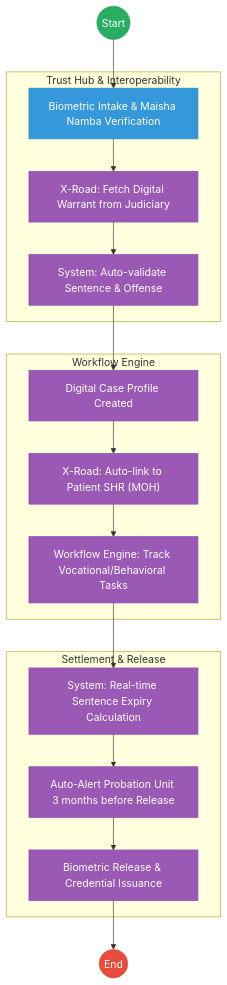
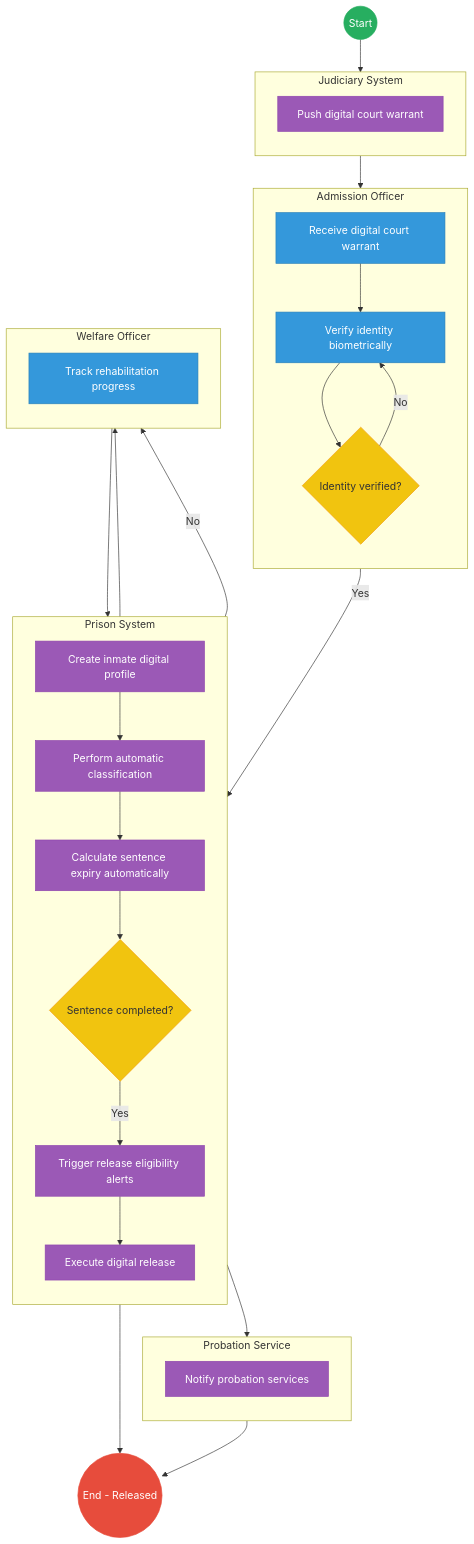
Before and after one commit to BITZ-IT-Consulting-LTD/ictapoc: the second of 2 diagrams in mdas/docs_final/priority_mdas/STATE_DEPARTMENT_FOR_CORRECTIONAL_SERVICES___Service_Delivery.md, drawn with Mermaid. The commit also changed other lines of this file and 109 other files, not shown here.

````diff
--- a/mdas/docs_final/priority_mdas/STATE_DEPARTMENT_FOR_CORRECTIONAL_SERVICES___Service_Delivery.md
+++ b/mdas/docs_final/priority_mdas/STATE_DEPARTMENT_FOR_CORRECTIONAL_SERVICES___Service_Delivery.md
@@ -103,32 +151,77 @@
 ```mermaid
-graph TD
-    Start((Start)) --> Scan["Biometric Intake & Maisha Namba Verification"]
+flowchart TD
+    %% Events
+    Start((Start))
+    EndProcess((End - Released))
+
+    subgraph Judiciary [Judiciary System]
+        direction TB
+        PushWarrant[Push digital court warrant]
+    end
+
+    subgraph AdmissionOfficer [Admission Officer]
+        direction TB
+        RecWarrant[Receive digital court warrant]
+        VerifyBio[Verify identity biometrically]
+        IDGateway{Identity verified?}
+    end
+
+    subgraph PrisonSystem [Prison System]
+        direction TB
+        CreateProfile[Create inmate digital profile]
+        AutoClassify[Perform automatic classification]
+        CalcExpiry[Calculate sentence expiry automatically]
+        SentGateway{Sentence completed?}
+        TriggerAlert[Trigger release eligibility alerts]
+        ExecRelease[Execute digital release]
+    end
+
+    subgraph WelfareOfficer [Welfare Officer]
+        direction TB
+        TrackRehab[Track rehabilitation progress]
+    end
+
+    subgraph ProbationService [Probation Service]
+        direction TB
+        NotifyProb[Notify probation services]
+    end
+
+    %% Flow connections
+    Start --> PushWarrant
+    PushWarrant --> RecWarrant
+    RecWarrant --> VerifyBio
+    VerifyBio --> IDGateway
     
-    subgraph Layer2 [Trust Hub & Interoperability]
-        Scan --> XRoad_Court["X-Road: Fetch Digital Warrant from Judiciary"]
-        XRoad_Court --> Validate["System: Auto-validate Sentence & Offense"]
-    end
+    IDGateway -- "No" --> VerifyBio
+    IDGateway -- "Yes" --> CreateProfile
     
-    subgraph Layer3 [Workflow Engine]
-        Validate --> Profile["Digital Case Profile Created"]
-        Profile --> EHR["X-Road: Auto-link to Patient SHR (MOH)"]
-        EHR --> Rehab["Workflow Engine: Track Vocational/Behavioral Tasks"]
-    end
+    CreateProfile --> AutoClassify
+    AutoClassify --> TrackRehab
+    AutoClassify --> CalcExpiry
     
-    subgraph Layer4 [Settlement & Release]
-        Rehab --> Calc["System: Real-time Sentence Expiry Calculation"]
-        Calc --> Alert["Auto-Alert Probation Unit 3 months before Release"]
-        Alert --> Release["Biometric Release & Credential Issuance"]
-    end
+    TrackRehab --> CalcExpiry
     
-    Release --> End((End))
+    CalcExpiry --> SentGateway
+    
+    SentGateway -- "No" --> TrackRehab
+    SentGateway -- "Yes" --> TriggerAlert
+    
+    TriggerAlert --> NotifyProb
+    TriggerAlert --> ExecRelease
+    
+    NotifyProb --> EndProcess
+    ExecRelease --> EndProcess
 
-    classDef start fill:#27ae60,stroke:#27ae60,color:#fff;
-    classDef endNode fill:#e74c3c,stroke:#e74c3c,color:#fff;
+    %% Styling
+    classDef startEvent fill:#27ae60,stroke:#27ae60,color:#fff;
+    classDef endEvent fill:#e74c3c,stroke:#e74c3c,color:#fff;
     classDef userTask fill:#3498db,stroke:#2980b9,color:#fff;
     classDef serviceTask fill:#9b59b6,stroke:#8e44ad,color:#fff;
-    class Start start;
-    class End endNode;
-    class Scan userTask;
-    class XRoad_Court,Validate,Profile,EHR,Rehab,Calc,Alert,Release serviceTask;
+    classDef gateway fill:#f1c40f,stroke:#f39c12,color:#333;
+    
+    class Start startEvent;
+    class EndProcess endEvent;
+    class IDGateway,SentGateway gateway;
+    class PushWarrant,CreateProfile,AutoClassify,CalcExpiry,TriggerAlert,NotifyProb,ExecRelease serviceTask;
+    class RecWarrant,VerifyBio,TrackRehab userTask;
 ```
````
